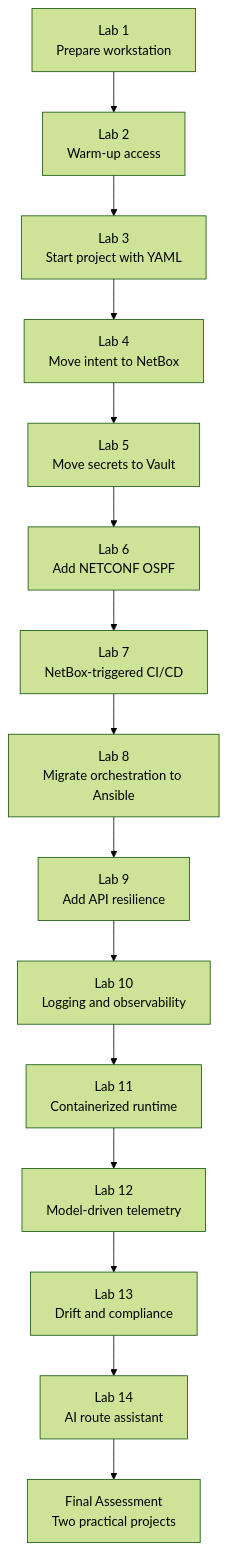
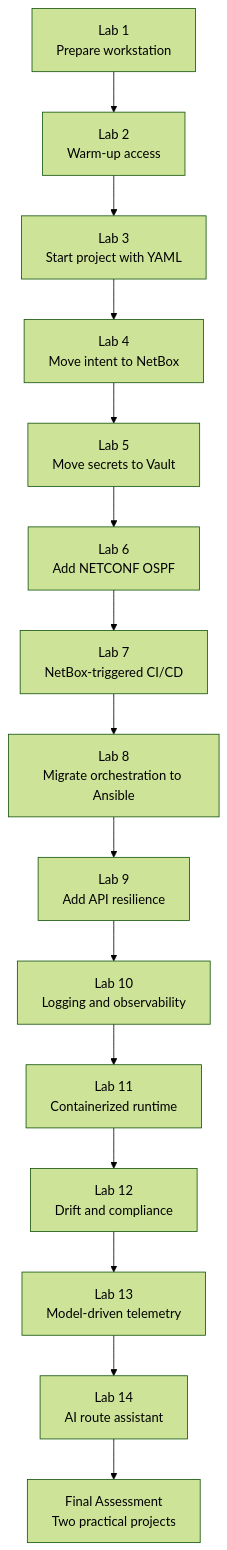
One commit to tanthanh85/CCNPAUTO changed the first of 6 diagrams in LAB/README.md. Above: the diagram before and after it, drawn with Mermaid (forest theme). The commit also changed other lines of this file and 11 other files, not shown here.

````diff
--- a/LAB/README.md
+++ b/LAB/README.md
@@ -29,17 +29,17 @@
 ```mermaid
 flowchart TD
     L1["Lab 1<br/>Prepare workstation"] --> L2["Lab 2<br/>Warm-up access"]
     L2 --> L3["Lab 3<br/>Start project with YAML"]
     L3 --> L4["Lab 4<br/>Move intent to NetBox"]
     L4 --> L5["Lab 5<br/>Move secrets to Vault"]
     L5 --> L6["Lab 6<br/>Add NETCONF OSPF"]
     L6 --> L7["Lab 7<br/>NetBox-triggered CI/CD"]
     L7 --> L8["Lab 8<br/>Migrate orchestration to Ansible"]
     L8 --> L9["Lab 9<br/>Add API resilience"]
     L9 --> L10["Lab 10<br/>Logging and observability"]
     L10 --> L11["Lab 11<br/>Containerized runtime"]
-    L11 --> L12["Lab 12<br/>Model-driven telemetry"]
-    L12 --> L13["Lab 13<br/>Drift and compliance"]
+    L11 --> L12["Lab 12<br/>Drift and compliance"]
+    L12 --> L13["Lab 13<br/>Model-driven telemetry"]
     L13 --> L14["Lab 14<br/>AI route assistant"]
     L14 --> F["Final Assessment<br/>Two practical projects"]
 ```
````
